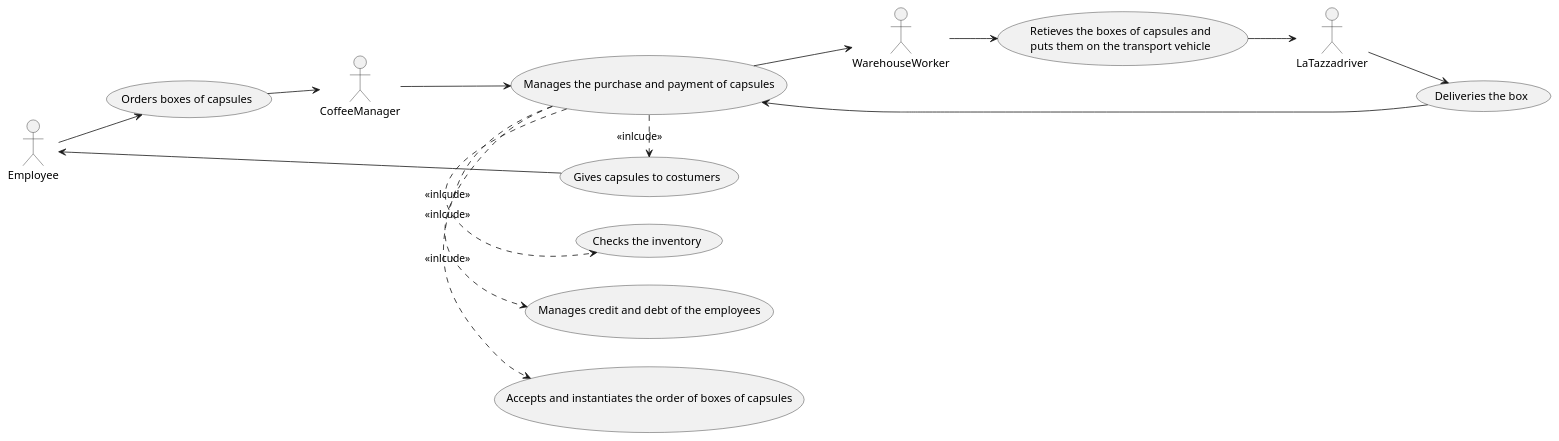
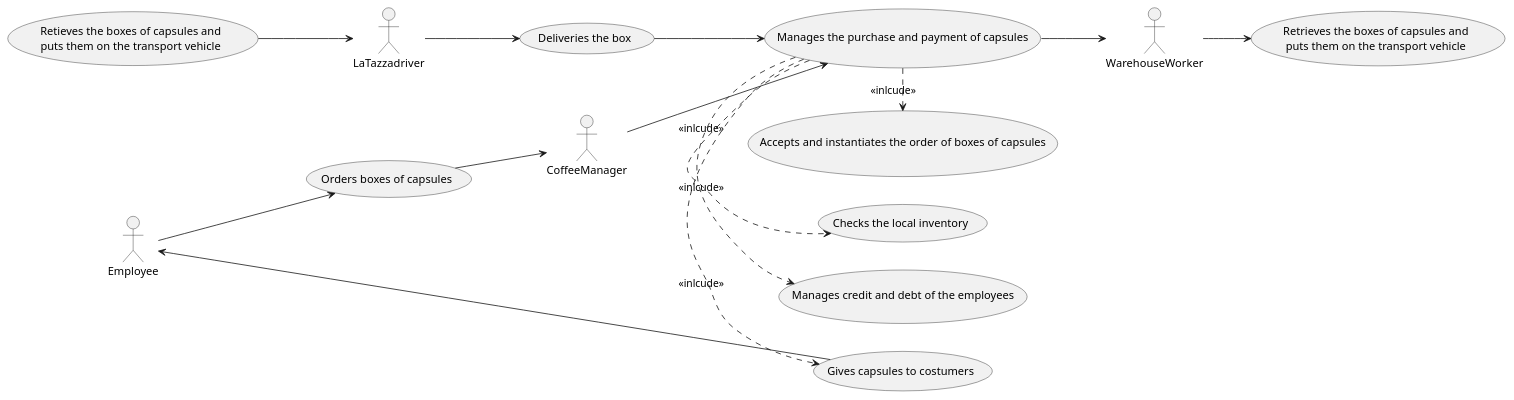
One commit to salvatore-dimartino/LaTazza changed the second of 4 diagrams in templates/RequirementsTemplate.md. Above: the diagram before and after it, drawn with PlantUML. The commit also changed other lines of this file, not shown here.

````diff
--- a/templates/RequirementsTemplate.md
+++ b/templates/RequirementsTemplate.md
@@ -275,29 +276,29 @@
 ```plantuml
 @startuml
 
 left to right direction 
 skinparam packageStyle rectangle
 
 actor CoffeeManager as c
 actor Employee as e
 actor WarehouseWorker as w
 actor LaTazzadriver as d
 
 e --> (Orders boxes of capsules)
 (Orders boxes of capsules) --> c
 c --> (Manages the purchase and payment of capsules)
 (Manages the purchase and payment of capsules) --> w
-w --> (Retieves the boxes of capsules and\nputs them on the transport vehicle)
+w --> (Retrieves the boxes of capsules and\nputs them on the transport vehicle)
 (Retieves the boxes of capsules and\nputs them on the transport vehicle) --> d
 d --> (Deliveries the box)
 (Deliveries the box) --> (Manages the purchase and payment of capsules)
 
 (Manages the purchase and payment of capsules) .> (Gives capsules to costumers) : <<inlcude>>
 (Manages the purchase and payment of capsules) .> (Accepts and instantiates the order of boxes of capsules) : <<inlcude>>
 (Manages the purchase and payment of capsules) .> (Manages credit and debt of the employees) : <<inlcude>>
-(Manages the purchase and payment of capsules) .> (Checks the inventory) : <<inlcude>>
+(Manages the purchase and payment of capsules) .> (Checks the local inventory) : <<inlcude>>
 
 e <-- (Gives capsules to costumers)
 
 @enduml
 ```
````
